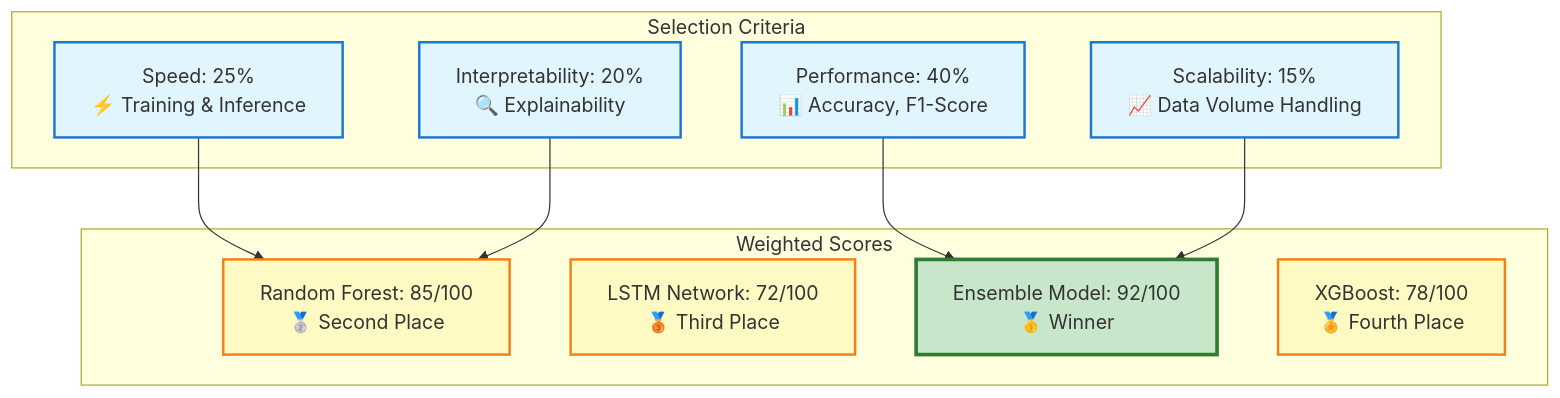
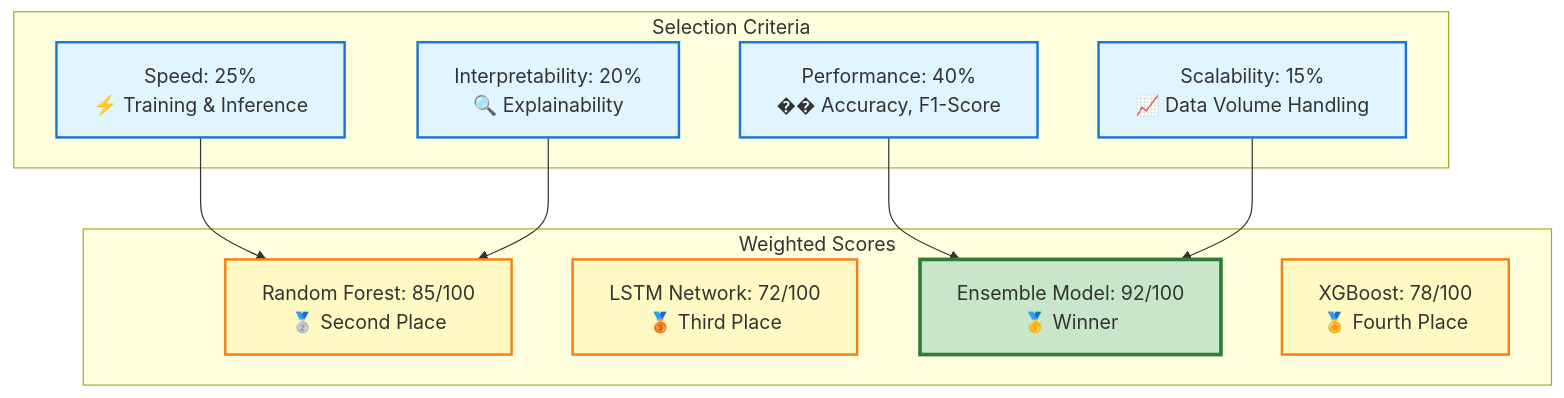
Before and after one commit to nes10r/BigDataProject: diagram 23 of 23 in MODEL_ANALYSIS.md, drawn with Mermaid. The commit also changed other lines of this file, not shown here.

Commit message:
Fix Mermaid diagram compatibility: Replace unsupported sankey-beta with flowchart for GitHub rendering

````diff
--- a/MODEL_ANALYSIS.md
+++ b/MODEL_ANALYSIS.md
@@ -694,29 +706,29 @@
 ```mermaid
 graph TB
     subgraph "Selection Criteria"
-        A[Performance: 40%<br/>📊 Accuracy, F1-Score]
+        A[Performance: 40%<br/>�� Accuracy, F1-Score]
         B[Speed: 25%<br/>⚡ Training & Inference]
         C[Interpretability: 20%<br/>🔍 Explainability]
         D[Scalability: 15%<br/>📈 Data Volume Handling]
     end
     
     subgraph "Weighted Scores"
         E[Random Forest: 85/100<br/>🥈 Second Place]
         F[LSTM Network: 72/100<br/>🥉 Third Place]
         G[Ensemble Model: 92/100<br/>🥇 Winner]
         H[XGBoost: 78/100<br/>🏅 Fourth Place]
     end
     
     A --> G
     B --> E
     C --> E
     D --> G
     
     classDef criteria fill:#e1f5fe,stroke:#1976d2,stroke-width:2px
     classDef winner fill:#c8e6c9,stroke:#2e7d32,stroke-width:3px
     classDef runner fill:#fff9c4,stroke:#f57f17,stroke-width:2px
     
     class A,B,C,D criteria
     class G winner
     class E,F,H runner
 ```
````
